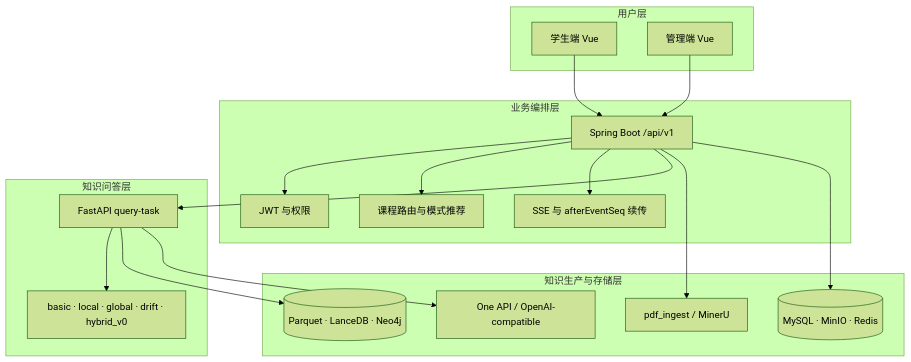
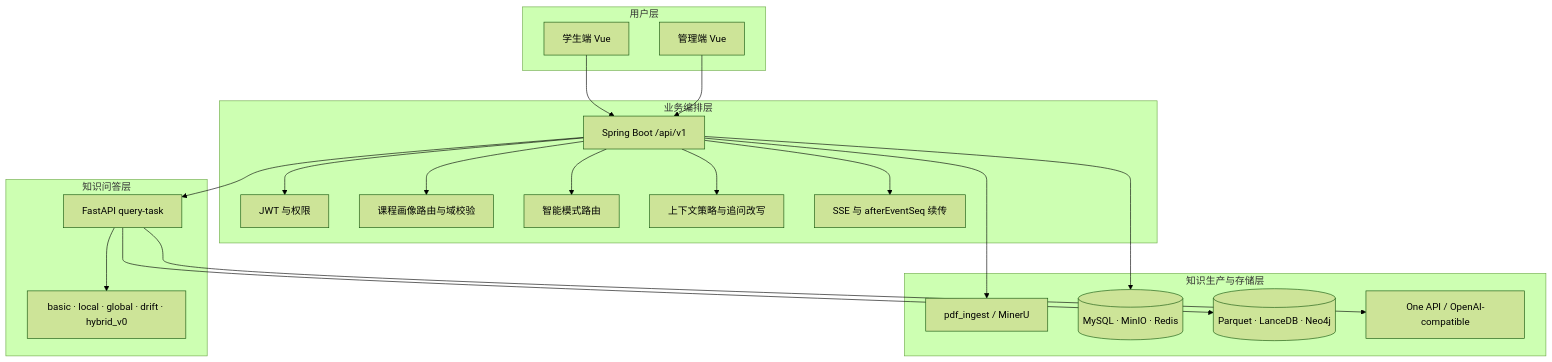
The second of 4 diagrams in README.md (HardyLiu6/ckqa), drawn with Mermaid (forest theme) before and after one commit. The commit also changed other lines of this file and 1 other file, not shown here.

````diff
--- a/README.md
+++ b/README.md
@@ -66,34 +70,38 @@
 ```mermaid
 flowchart TB
   subgraph U[用户层]
     STUDENT[学生端 Vue]
     ADMIN[管理端 Vue]
   end
   subgraph J[业务编排层]
     JAVA[Spring Boot /api/v1]
     AUTH[JWT 与权限]
-    ROUTE[课程路由与模式推荐]
+    ROUTE[课程画像路由与域校验]
+    MODE[智能模式路由]
+    CTX[上下文策略与追问改写]
     SSE[SSE 与 afterEventSeq 续传]
   end
   subgraph G[知识问答层]
     PY[FastAPI query-task]
     MODES[basic · local · global · drift · hybrid_v0]
   end
   subgraph D[知识生产与存储层]
     PDFI[pdf_ingest / MinerU]
     STORE[(MySQL · MinIO · Redis)]
     GRAPH[(Parquet · LanceDB · Neo4j)]
     LLM[One API / OpenAI-compatible]
   end
   STUDENT --> JAVA
   ADMIN --> JAVA
   JAVA --> AUTH
   JAVA --> ROUTE
+  JAVA --> MODE
+  JAVA --> CTX
   JAVA --> SSE
   JAVA --> PY
   PY --> MODES
   PY --> GRAPH
   PY --> LLM
   JAVA --> PDFI
   JAVA --> STORE
 ```
````
